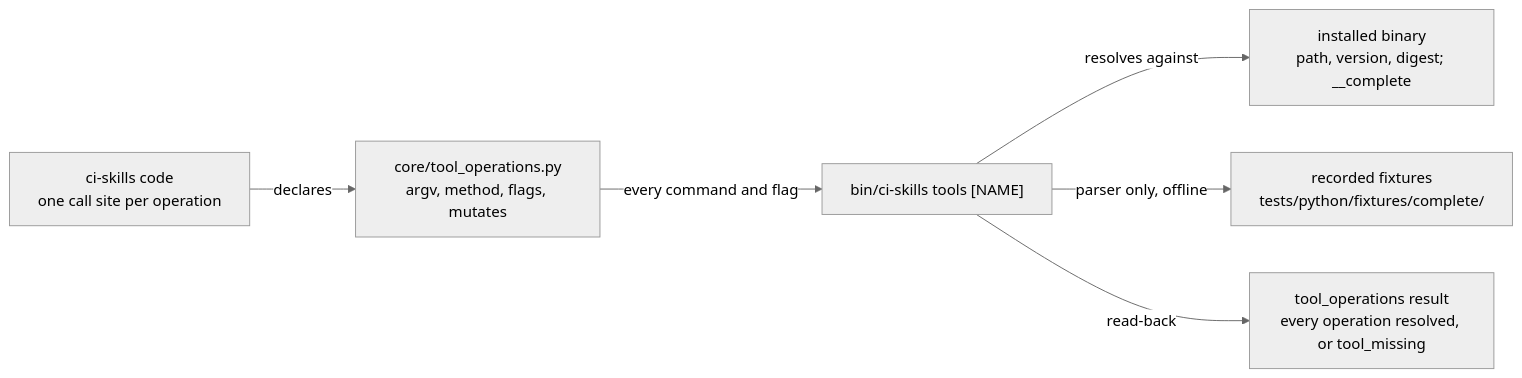
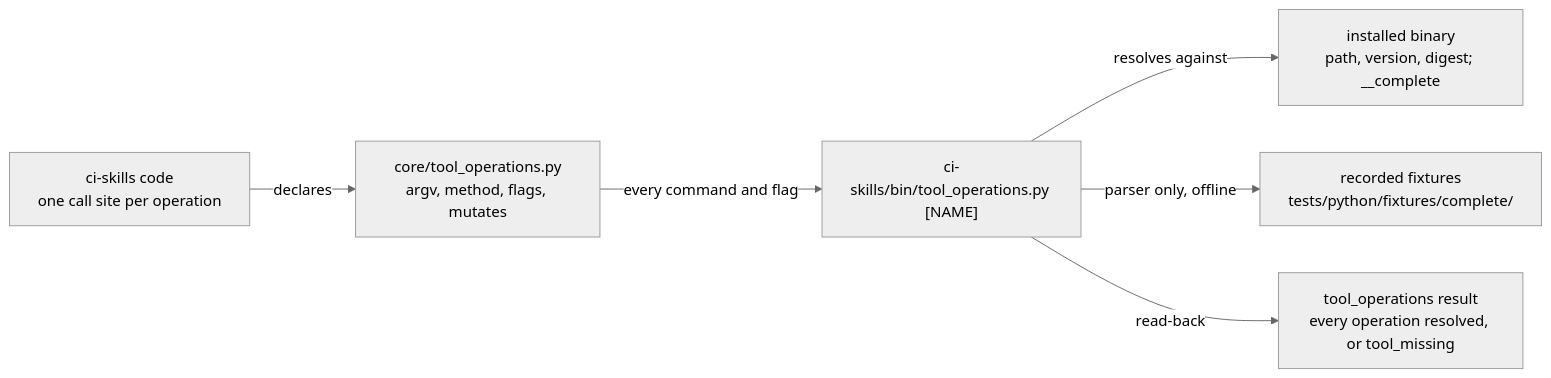
The third of 3 diagrams in docs/phases/CI09-REFERENCE.md (spyroot/ci-skills), drawn with Mermaid (neutral theme) before and after one commit. The commit also changed other lines of this file and 2 other files, not shown here.

````diff
--- a/docs/phases/CI09-REFERENCE.md
+++ b/docs/phases/CI09-REFERENCE.md
@@ -139,14 +142,14 @@
 ```mermaid
 flowchart LR
     Code["ci-skills code<br/>one call site per operation"]
     Decl["core/tool_operations.py<br/>argv, method, flags, mutates"]
-    Verb["bin/ci-skills tools [NAME]"]
+    Verb["ci-skills/bin/tool_operations.py [NAME]"]
     Bin["installed binary<br/>path, version, digest; __complete"]
     Fix["recorded fixtures<br/>tests/python/fixtures/complete/"]
     Result["tool_operations result<br/>every operation resolved, or tool_missing"]
     Code -- "declares" --> Decl
     Decl -- "every command and flag" --> Verb
     Verb -- "resolves against" --> Bin
     Verb -- "parser only, offline" --> Fix
     Verb -- "read-back" --> Result
 ```
````
